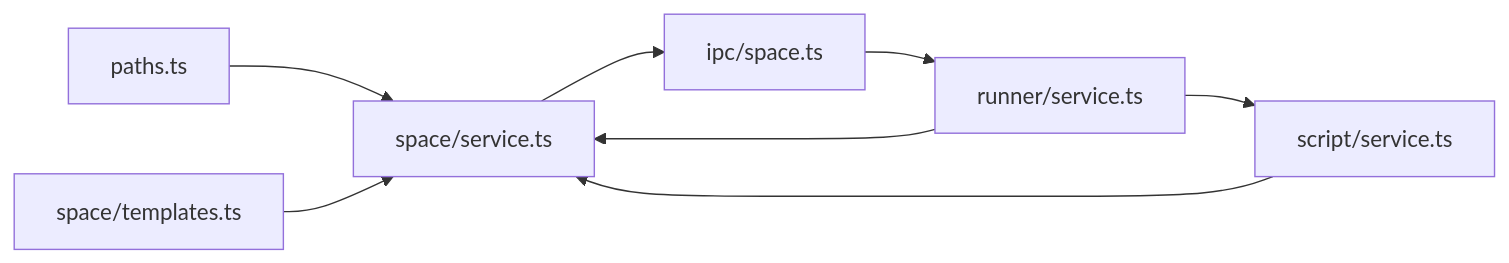
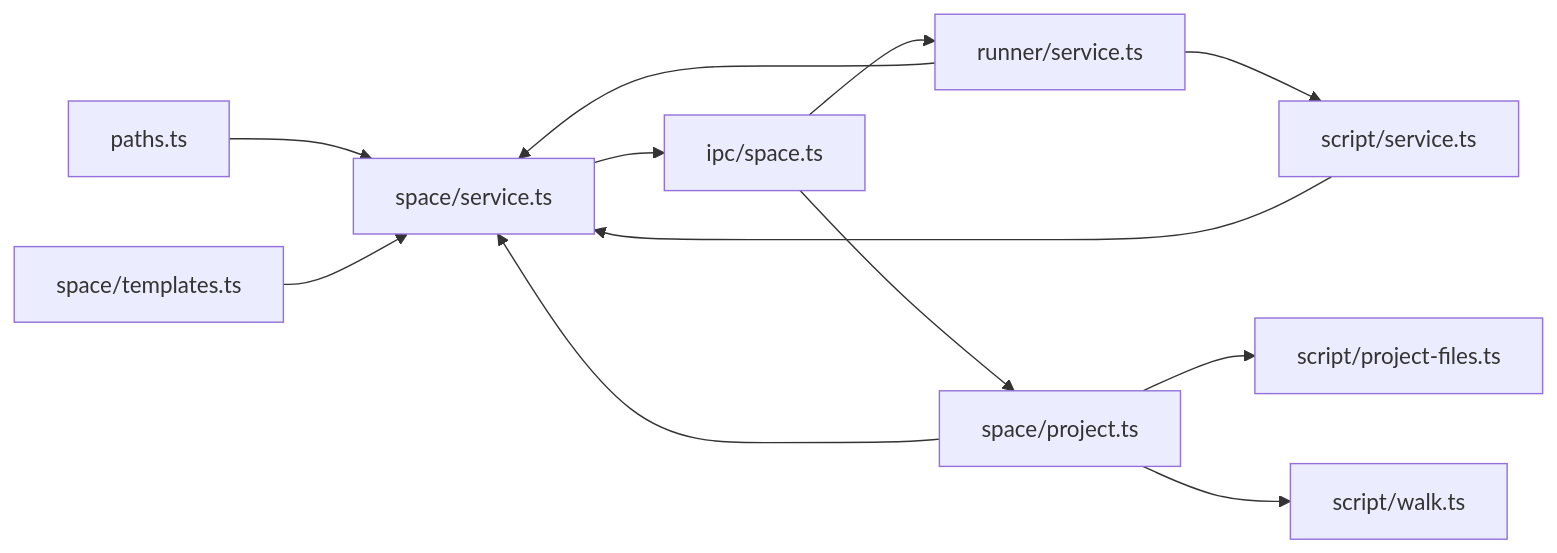
Before and after one commit to hozeeee/script-box: the eighth of 11 diagrams in .qoder/repowiki/zh/content/核心服务层/Space 服务（项目空间管理）.md, drawn with Mermaid. The commit also changed other lines of this file and 76 other files, not shown here.

````diff
--- a/.qoder/repowiki/zh/content/核心服务层/Space 服务（项目空间管理）.md
+++ b/.qoder/repowiki/zh/content/核心服务层/Space 服务（项目空间管理）.md
@@ -245,10 +346,14 @@
 ```mermaid
 graph LR
 Paths["paths.ts"] --> Space["space/service.ts"]
 Templates["space/templates.ts"] --> Space
+Project["space/project.ts"] --> Space
 Space --> IPC["ipc/space.ts"]
 Script["script/service.ts"] --> Space
 Runner["runner/service.ts"] --> Space
 Runner --> Script
 IPC --> Runner
+IPC --> Project
+Project --> ScriptFiles["script/project-files.ts"]
+Project --> Walk["script/walk.ts"]
 ```
````
